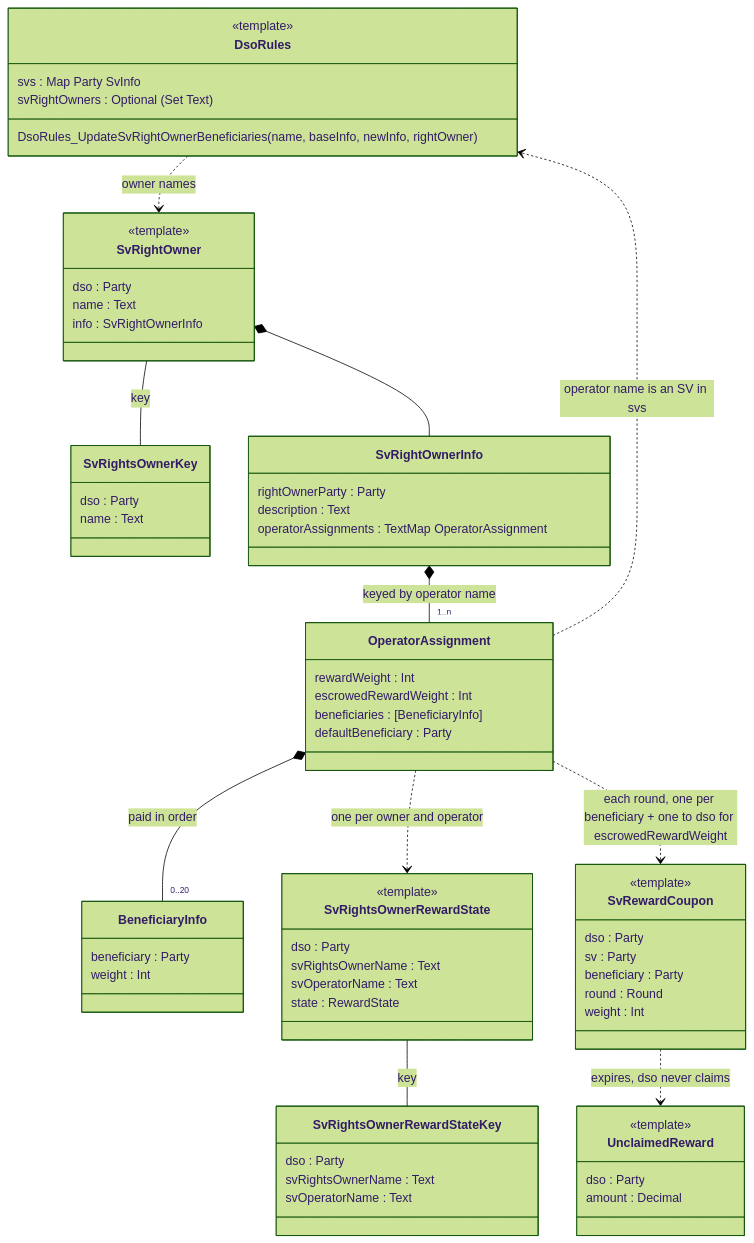
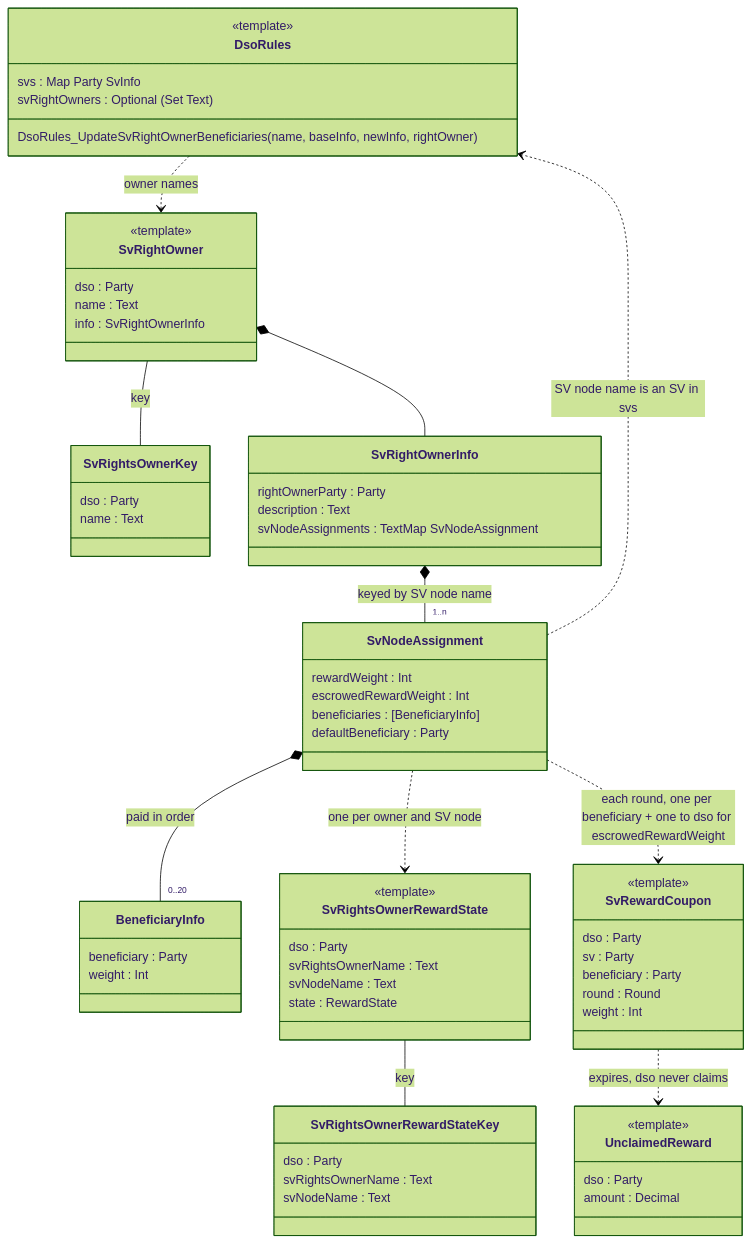
The first of 2 diagrams in SV_RIGHTS_OWNERS_POC.md (canton-network/splice), drawn with Mermaid (forest theme) before and after one commit. The commit also changed other lines of this file and 2 other files, not shown here.

Commit message:
refactor(sv-weights): name assignments after SV nodes

````diff
--- a/SV_RIGHTS_OWNERS_POC.md
+++ b/SV_RIGHTS_OWNERS_POC.md
@@ -3,70 +3,70 @@
 ```mermaid
 classDiagram
     direction TB
     class DsoRules {
         <<template>>
         svs : Map Party SvInfo
         svRightOwners : Optional #40;Set Text#41;
         DsoRules_UpdateSvRightOwnerBeneficiaries(name, baseInfo, newInfo, rightOwner)
     }
     class SvRightOwner {
         <<template>>
         dso : Party
         name : Text
         info : SvRightOwnerInfo
     }
     class SvRightsOwnerKey {
         dso : Party
         name : Text
     }
     class SvRightOwnerInfo {
         rightOwnerParty : Party
         description : Text
-        operatorAssignments : TextMap OperatorAssignment
+        svNodeAssignments : TextMap SvNodeAssignment
     }
-    class OperatorAssignment {
+    class SvNodeAssignment {
         rewardWeight : Int
         escrowedRewardWeight : Int
         beneficiaries : [BeneficiaryInfo]
         defaultBeneficiary : Party
     }
     class BeneficiaryInfo {
         beneficiary : Party
         weight : Int
     }
     class SvRewardCoupon {
         <<template>>
         dso : Party
         sv : Party
         beneficiary : Party
         round : Round
         weight : Int
     }
     class UnclaimedReward {
         <<template>>
         dso : Party
         amount : Decimal
     }
     class SvRightsOwnerRewardState {
         <<template>>
         dso : Party
         svRightsOwnerName : Text
-        svOperatorName : Text
+        svNodeName : Text
         state : RewardState
     }
     class SvRightsOwnerRewardStateKey {
         dso : Party
         svRightsOwnerName : Text
-        svOperatorName : Text
+        svNodeName : Text
     }
     DsoRules ..> SvRightOwner : owner names
     SvRightOwner -- SvRightsOwnerKey : key
     SvRightOwner *-- SvRightOwnerInfo
-    SvRightOwnerInfo *-- "1..n" OperatorAssignment : keyed by operator name
-    OperatorAssignment *-- "0..20" BeneficiaryInfo : paid in order
-    OperatorAssignment ..> DsoRules : operator name is an SV in svs
-    OperatorAssignment ..> SvRightsOwnerRewardState : one per owner and operator
+    SvRightOwnerInfo *-- "1..n" SvNodeAssignment : keyed by SV node name
+    SvNodeAssignment *-- "0..20" BeneficiaryInfo : paid in order
+    SvNodeAssignment ..> DsoRules : SV node name is an SV in svs
+    SvNodeAssignment ..> SvRightsOwnerRewardState : one per owner and SV node
     SvRightsOwnerRewardState -- SvRightsOwnerRewardStateKey : key
-    OperatorAssignment ..> SvRewardCoupon : each round, one per beneficiary + one to dso for escrowedRewardWeight
+    SvNodeAssignment ..> SvRewardCoupon : each round, one per beneficiary + one to dso for escrowedRewardWeight
     SvRewardCoupon ..> UnclaimedReward : expires, dso never claims
 ```
````
